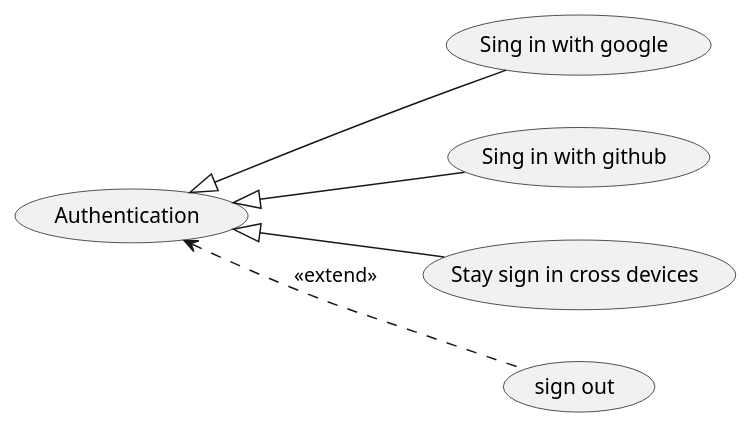
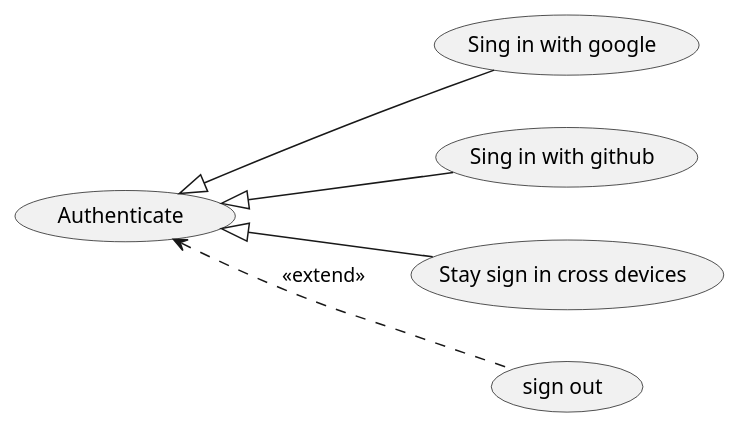
The diagram in conception/SprintII/use_case_diagrams/refined_use_case_feature_auth.puml (souhaib-askri/report_pfe), drawn with PlantUML before and after one commit. The commit also changed 32 other files, not shown here.

```diff
--- a/conception/SprintII/use_case_diagrams/refined_use_case_feature_auth.puml
+++ b/conception/SprintII/use_case_diagrams/refined_use_case_feature_auth.puml
@@ -1,17 +1,17 @@
 @startuml
 
 left to right direction
 
-usecase "Authentication" as user_auth
+usecase "Authenticate" as user_auth
 
 usecase "Sing in with google" as signInWithGoogle
 usecase "Sing in with github" as signInWithGithub
 usecase "Stay sign in cross devices" as signInWithMultiDevices
 usecase "sign out" as signOut
 
 user_auth <|-- signInWithGoogle 
 user_auth <|-- signInWithGithub
 user_auth <|-- signInWithMultiDevices
 user_auth <.. signOut : <<extend>>
 
 @enduml
```
